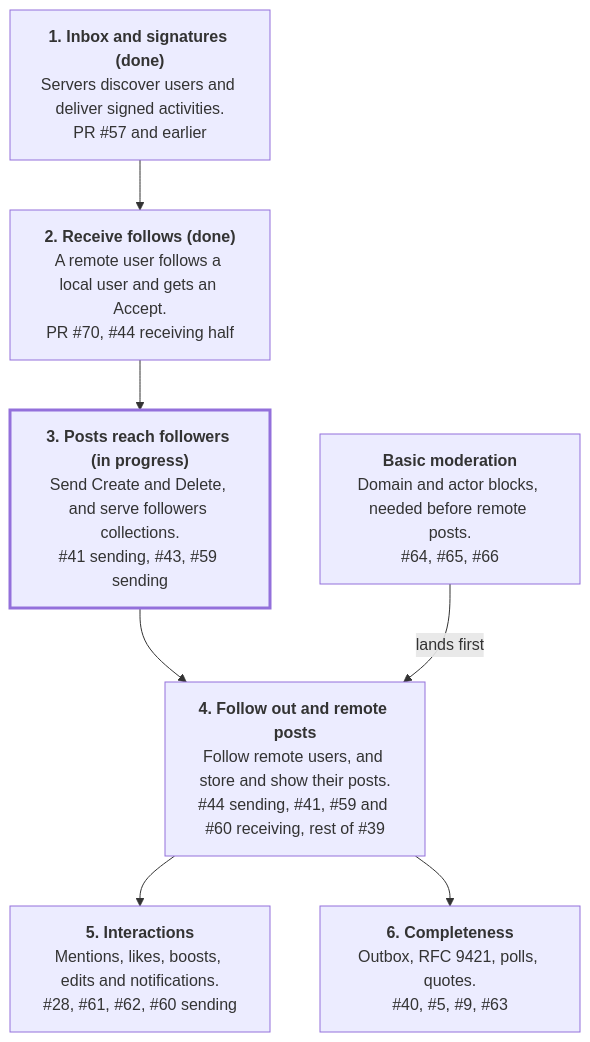
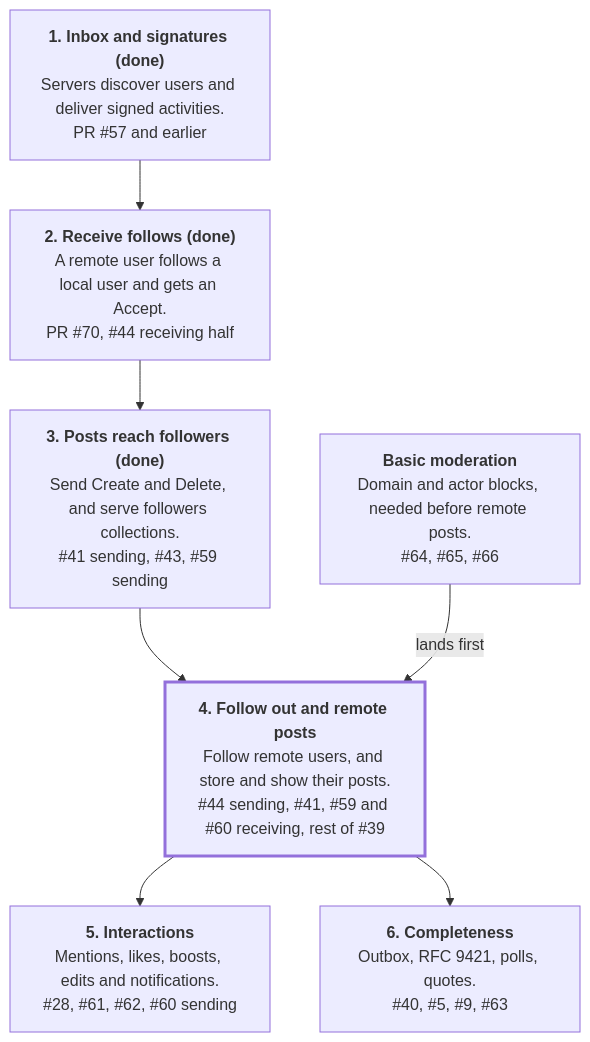
One commit to normikoto/elysium changed the diagram in docs/federation-plan.md. Above: the diagram before and after it, drawn with Mermaid. The commit also changed other lines of this file and 27 other files, not shown here.

````diff
--- a/docs/federation-plan.md
+++ b/docs/federation-plan.md
@@ -25,16 +25,16 @@
 ```mermaid
 flowchart TD
     m1["<b>1. Inbox and signatures (done)</b><br/>Servers discover users and deliver signed activities.<br/>PR #57 and earlier"]
     m2["<b>2. Receive follows (done)</b><br/>A remote user follows a local user and gets an Accept.<br/>PR #70, #44 receiving half"]
-    m3["<b>3. Posts reach followers (in progress)</b><br/>Send Create and Delete, and serve followers collections.<br/>#41 sending, #43, #59 sending"]
+    m3["<b>3. Posts reach followers (done)</b><br/>Send Create and Delete, and serve followers collections.<br/>#41 sending, #43, #59 sending"]
     m4["<b>4. Follow out and remote posts</b><br/>Follow remote users, and store and show their posts.<br/>#44 sending, #41, #59 and #60 receiving, rest of #39"]
     m5["<b>5. Interactions</b><br/>Mentions, likes, boosts, edits and notifications.<br/>#28, #61, #62, #60 sending"]
     mod["<b>Basic moderation</b><br/>Domain and actor blocks, needed before remote posts.<br/>#64, #65, #66"]
     m6["<b>6. Completeness</b><br/>Outbox, RFC 9421, polls, quotes.<br/>#40, #5, #9, #63"]
 
     m1 --> m2 --> m3 --> m4 --> m5
     mod -- lands first --> m4
     m4 --> m6
 
-    style m3 stroke-width:3px
+    style m4 stroke-width:3px
 ```
````
